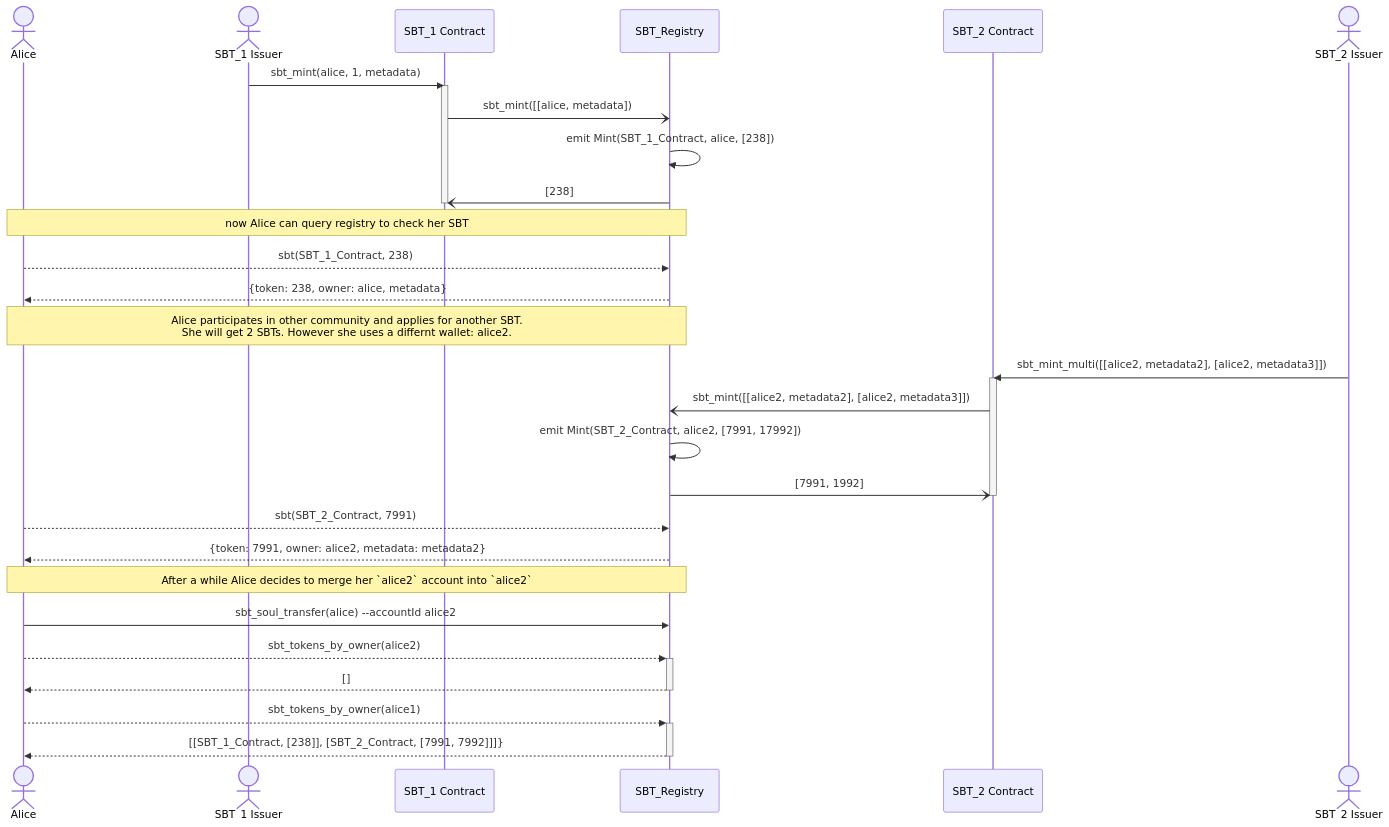
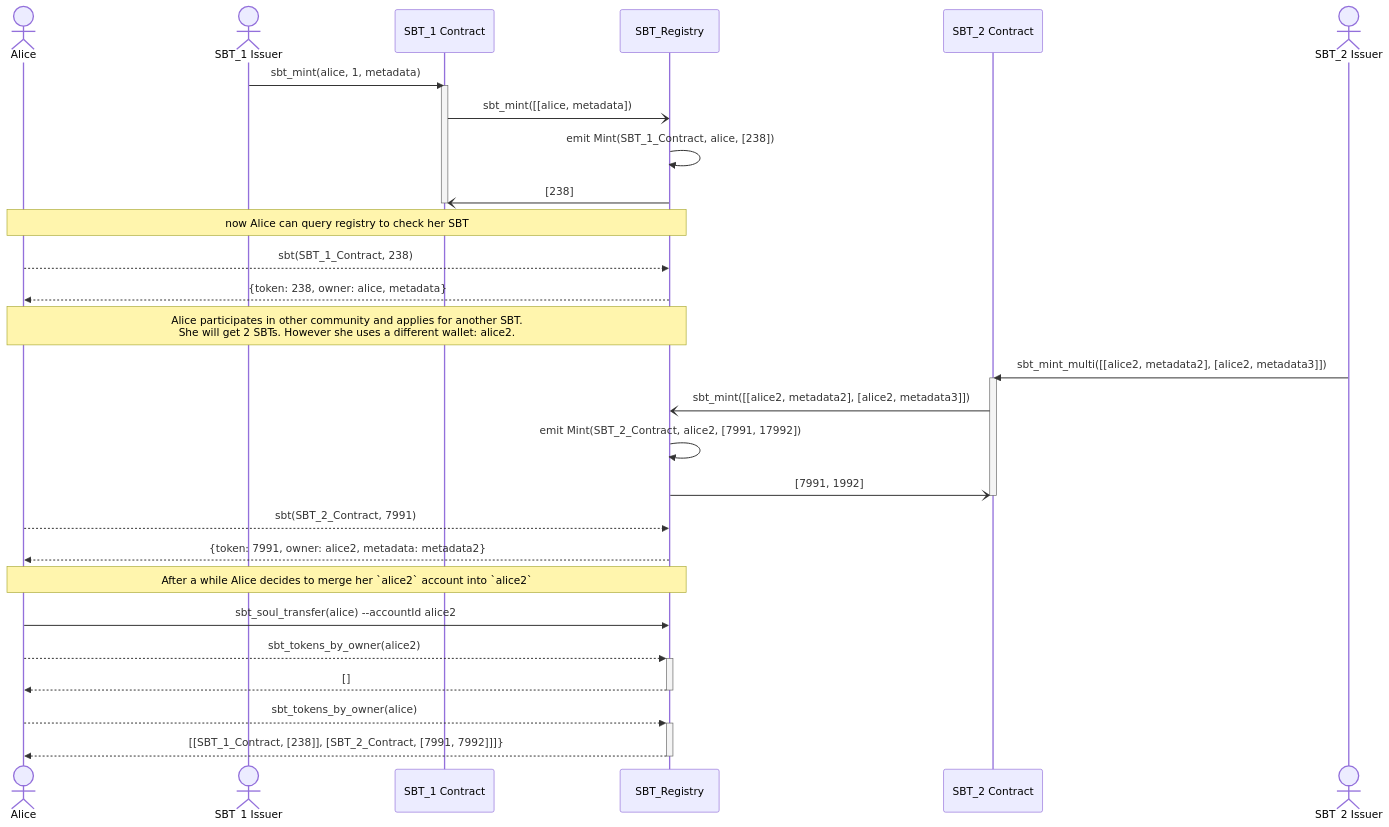
Before and after one commit to near/NEPs: the diagram in specs/Standards/Sould Bound Token/README.md, drawn with Mermaid. The commit also changed other lines of this file, not shown here.

````diff
--- a/specs/Standards/Sould Bound Token/README.md
+++ b/specs/Standards/Sould Bound Token/README.md
@@ -371,44 +371,44 @@
 ```mermaid
 sequenceDiagram
     actor Alice
     actor Issuer1 as SBT_1 Issuer
 
     participant SBT1 as SBT_1 Contract
     participant SBT_Registry
 
     Issuer1->>SBT1: sbt_mint(alice, 1, metadata)
     activate SBT1
     SBT1-)SBT_Registry: sbt_mint([[alice, metadata])
     SBT_Registry->>SBT_Registry: emit Mint(SBT_1_Contract, alice, [238])
     SBT_Registry-)SBT1: [238]
     deactivate SBT1
 
     Note over Alice,SBT_Registry: now Alice can query registry to check her SBT
 
     Alice-->>SBT_Registry: sbt(SBT_1_Contract, 238)
     SBT_Registry-->>Alice: {token: 238, owner: alice, metadata}
 
-    Note over Alice,SBT_Registry: Alice participates in other community and applies for another SBT.<br/> She will get 2 SBTs. However she uses a differnt wallet: alice2.
+    Note over Alice,SBT_Registry: Alice participates in other community and applies for another SBT.<br/> She will get 2 SBTs. However she uses a different wallet: alice2.
 
     participant SBT2 as SBT_2 Contract
     actor Issuer2 as SBT_2 Issuer
 
     Issuer2->>SBT2: sbt_mint_multi([[alice2, metadata2], [alice2, metadata3]])
     activate SBT2
     SBT2-)SBT_Registry: sbt_mint([[alice2, metadata2], [alice2, metadata3]])
     SBT_Registry->>SBT_Registry: emit Mint(SBT_2_Contract, alice2, [7991, 17992])
     SBT_Registry-)SBT2: [7991, 1992]
     deactivate SBT2
 
     Alice-->>SBT_Registry: sbt(SBT_2_Contract, 7991)
     SBT_Registry-->>Alice: {token: 7991, owner: alice2, metadata: metadata2}
 
     Note over Alice,SBT_Registry: After a while Alice decides to merge her `alice2` account into `alice2`
     Alice->>SBT_Registry: sbt_soul_transfer(alice) --accountId alice2
 
     Alice-->>+SBT_Registry: sbt_tokens_by_owner(alice2)
     SBT_Registry-->>-Alice: []
 
-    Alice-->>+SBT_Registry: sbt_tokens_by_owner(alice1)
+    Alice-->>+SBT_Registry: sbt_tokens_by_owner(alice)
     SBT_Registry-->>-Alice: [[SBT_1_Contract, [238]], [SBT_2_Contract, [7991, 7992]]]}
 ```
````
